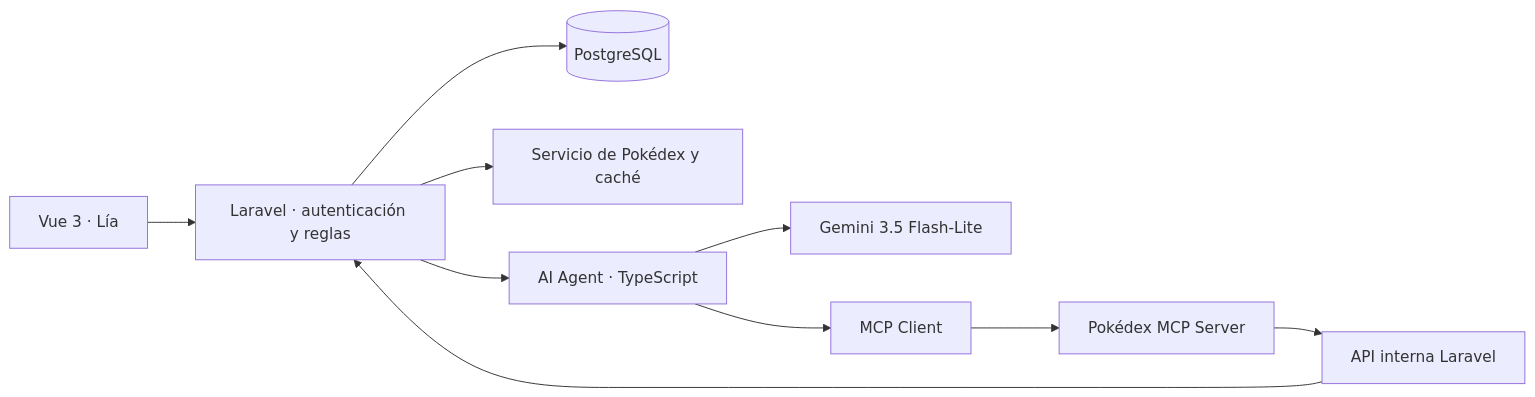
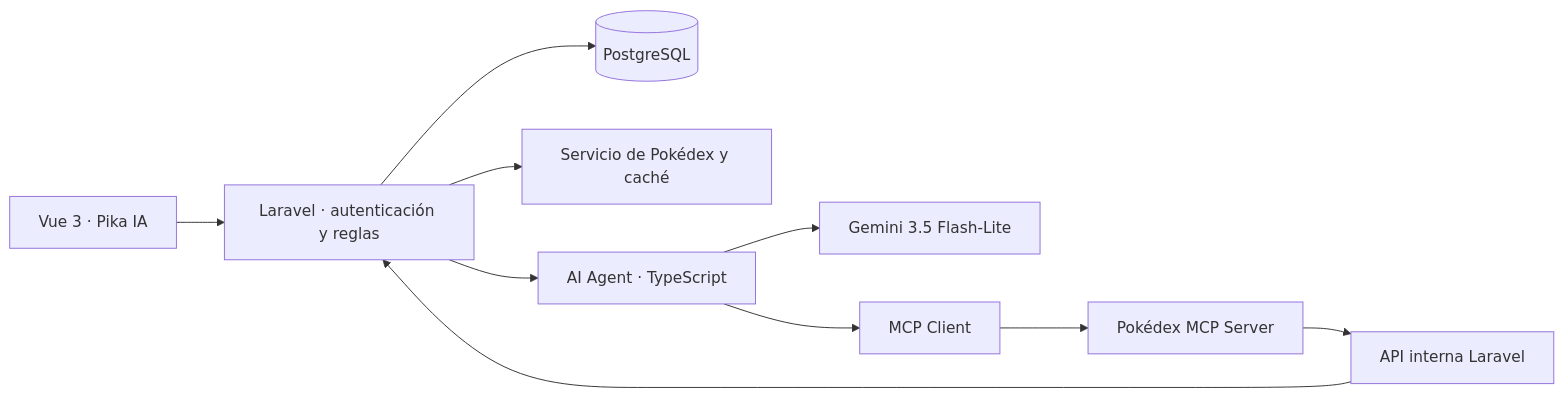
One commit to EDnny12/pokedex-manager changed the diagram in README.md. Above: the diagram before and after it, drawn with Mermaid. The commit also changed other lines of this file and 10 other files, not shown here.

````diff
--- a/README.md
+++ b/README.md
@@ -36,12 +36,12 @@
 ```mermaid
 flowchart LR
-    Vue["Vue 3 · Lía"] --> Laravel["Laravel · autenticación y reglas"]
+    Vue["Vue 3 · Pika IA"] --> Laravel["Laravel · autenticación y reglas"]
     Laravel --> PostgreSQL[(PostgreSQL)]
     Laravel --> Catalog["Servicio de Pokédex y caché"]
     Laravel --> Agent["AI Agent · TypeScript"]
     Agent --> Gemini["Gemini 3.5 Flash-Lite"]
     Agent --> MCP["MCP Client"]
     MCP --> Server["Pokédex MCP Server"]
     Server --> Internal["API interna Laravel"]
     Internal --> Laravel
 ```
````
